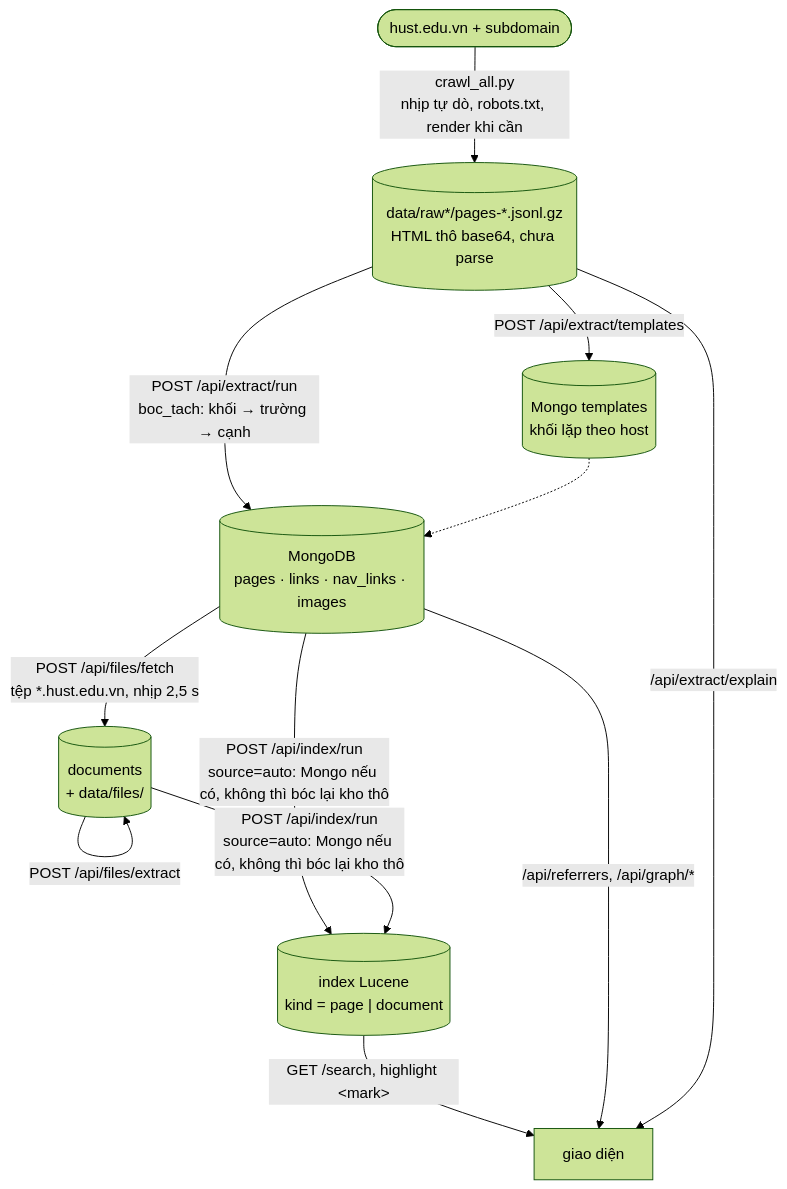
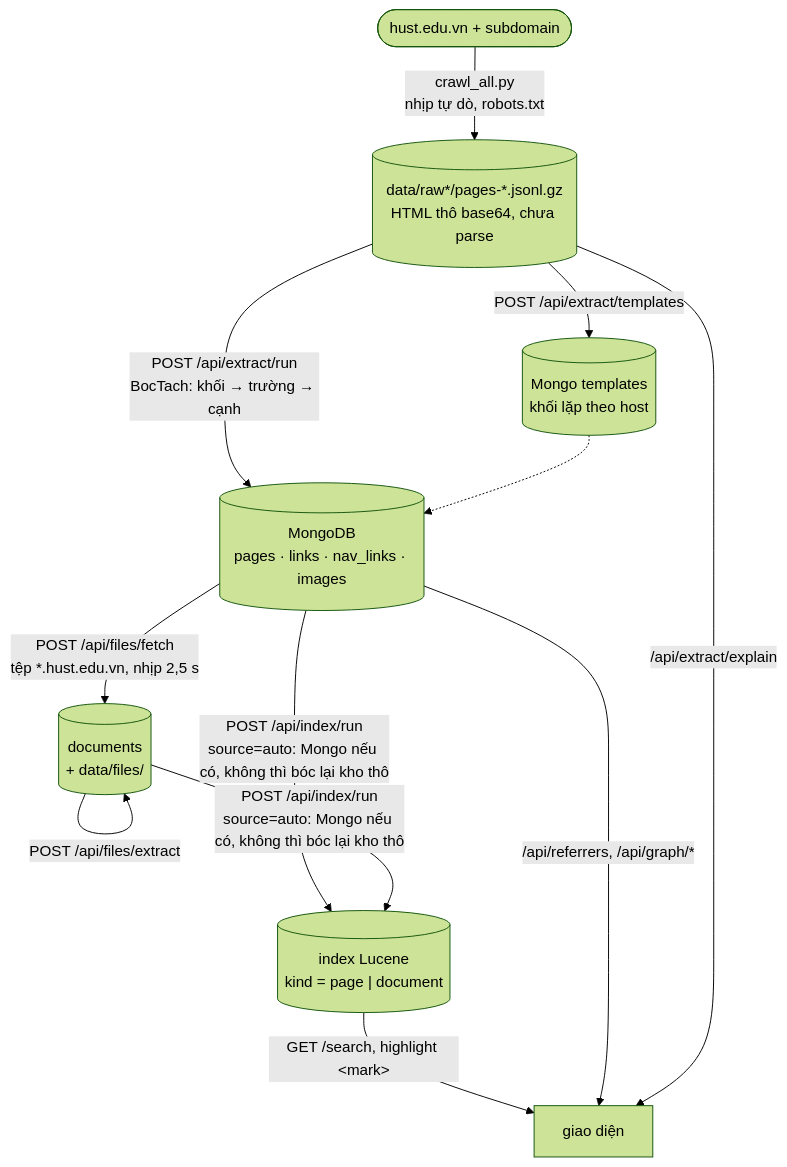
The diagram in hust-search/README.md (nguyenpnguyen/di-project), drawn with Mermaid (forest theme) before and after one commit. The commit also changed other lines of this file and 369 other files, not shown here.

````diff
--- a/hust-search/README.md
+++ b/hust-search/README.md
@@ -123,13 +109,13 @@
 ```mermaid
 flowchart TD
-    WEB(["hust.edu.vn + subdomain"]) -->|"crawl_all.py<br/>nhịp tự dò, robots.txt, render khi cần"| KHO[("data/raw*/pages-*.jsonl.gz<br/>HTML thô base64, chưa parse")]
+    WEB(["hust.edu.vn + subdomain"]) -->|"crawl_all.py<br/>nhịp tự dò, robots.txt"| KHO[("data/raw*/pages-*.jsonl.gz<br/>HTML thô base64, chưa parse")]
     KHO -->|"POST /api/extract/templates"| TPL[("Mongo templates<br/>khối lặp theo host")]
-    KHO -->|"POST /api/extract/run<br/>boc_tach: khối → trường → cạnh"| MG[("MongoDB<br/>pages · links · nav_links · images")]
+    KHO -->|"POST /api/extract/run<br/>BocTach: khối → trường → cạnh"| MG[("MongoDB<br/>pages · links · nav_links · images")]
     TPL -.-> MG
     MG -->|"POST /api/files/fetch<br/>tệp *.hust.edu.vn, nhịp 2,5 s"| DOC[("documents<br/>+ data/files/")]
     DOC -->|"POST /api/files/extract"| DOC
     MG & DOC -->|"POST /api/index/run<br/>source=auto: Mongo nếu có, không thì bóc lại kho thô"| LC[("index Lucene<br/>kind = page | document")]
     LC -->|"GET /search, highlight &lt;mark&gt;"| UI["giao diện"]
     MG -->|"/api/referrers, /api/graph/*"| UI
     KHO -->|"/api/extract/explain"| UI
 ```
````
